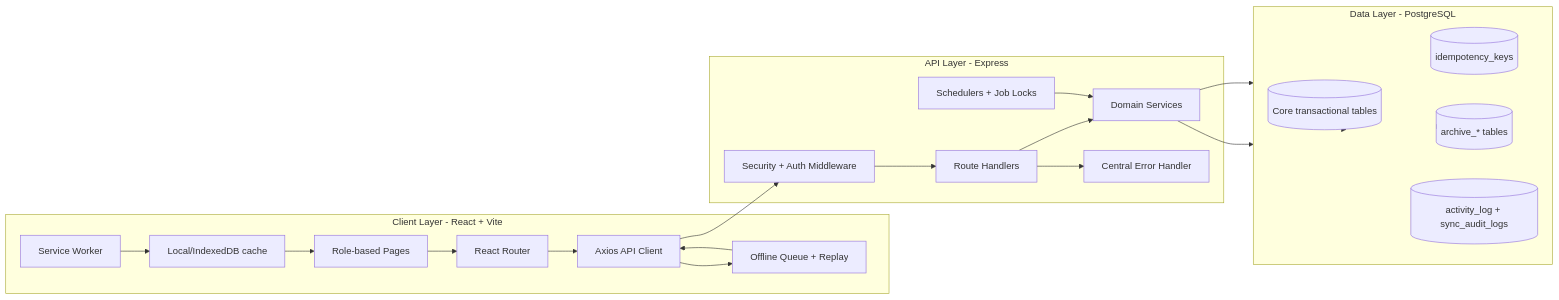
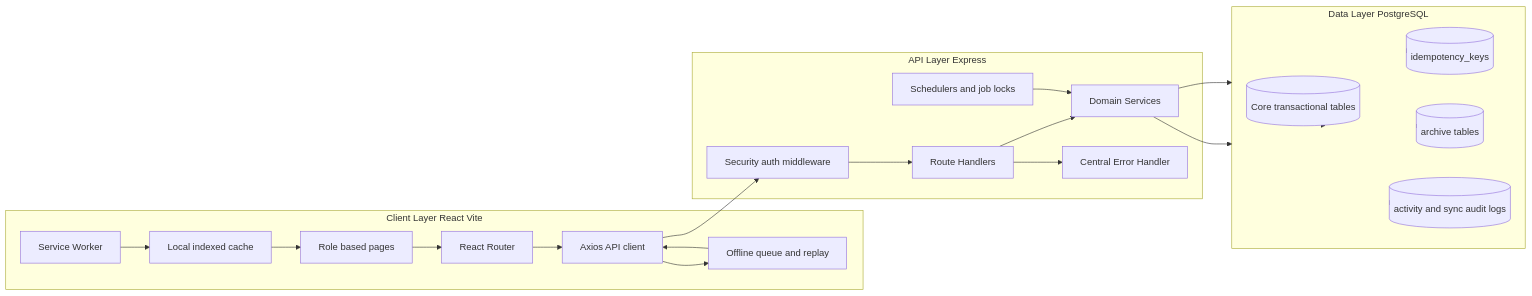
Before and after one commit to Asout3/bakery-ops-app: the second of 6 diagrams in README.md, drawn with Mermaid. The commit also changed other lines of this file and 23 other files, not shown here.

Commit message:
Remove batch sync columns and harden README diagrams

````diff
--- a/README.md
+++ b/README.md
@@ -76,36 +71,36 @@
 ```mermaid
 flowchart LR
-  subgraph Frontend[Client Layer - React + Vite]
-    UI[Role-based Pages]
+  subgraph Frontend[Client Layer React Vite]
+    UI[Role based pages]
     Router[React Router]
-    APIClient[Axios API Client]
-    OfflineQ[Offline Queue + Replay]
+    APIClient[Axios API client]
+    OfflineQ[Offline queue and replay]
     SW[Service Worker]
-    Cache[Local/IndexedDB cache]
+    Cache[Local indexed cache]
   end
 
-  subgraph Backend[API Layer - Express]
-    MW[Security + Auth Middleware]
+  subgraph Backend[API Layer Express]
+    MW[Security auth middleware]
     Routes[Route Handlers]
     Services[Domain Services]
     Errors[Central Error Handler]
-    Jobs[Schedulers + Job Locks]
+    Jobs[Schedulers and job locks]
   end
 
-  subgraph Data[Data Layer - PostgreSQL]
+  subgraph Data[Data Layer PostgreSQL]
     Core[(Core transactional tables)]
     Idem[(idempotency_keys)]
-    Archive[(archive_* tables)]
-    Audit[(activity_log + sync_audit_logs)]
+    Archive[(archive tables)]
+    Audit[(activity and sync audit logs)]
   end
 
   UI --> Router --> APIClient --> MW --> Routes --> Services --> Data
   APIClient --> OfflineQ --> APIClient
   SW --> Cache --> UI
   Routes --> Errors
   Jobs --> Services --> Data
   Data --> Core
   Data --> Idem
   Data --> Archive
   Data --> Audit
 ```
````
